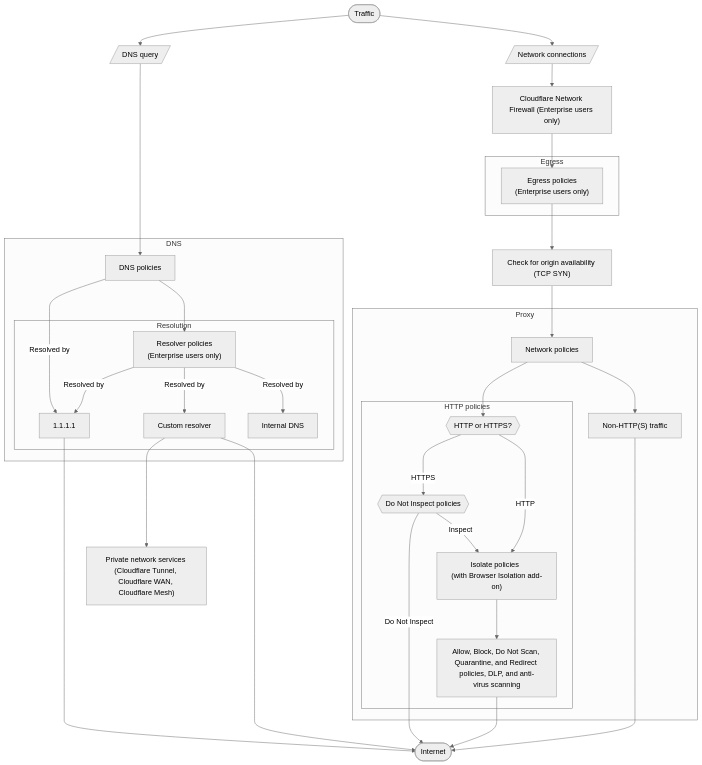
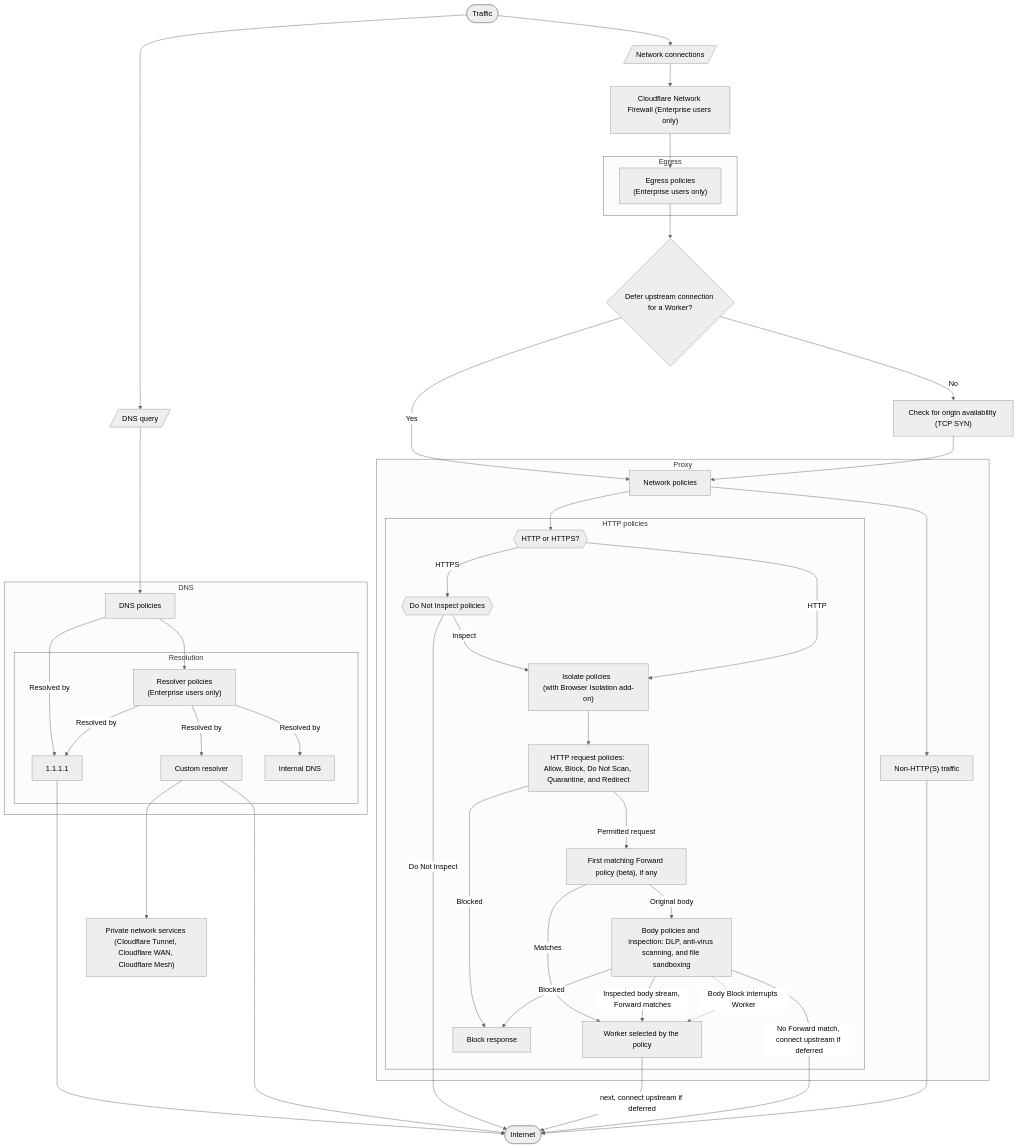
Before and after one commit to cloudflare/cloudflare-docs: the diagram in src/content/partials/cloudflare-one/gateway/order-of-enforcement.mdx, drawn with Mermaid (neutral theme). The commit also changed other lines of this file and 29 other files, not shown here.

First line of the commit message:
[Cloudflare One, Workers] Document Gateway Forward integration (#34239)

````diff
--- a/src/content/partials/cloudflare-one/gateway/order-of-enforcement.mdx
+++ b/src/content/partials/cloudflare-one/gateway/order-of-enforcement.mdx
@@ -7,55 +9,69 @@
 ```mermaid
 flowchart TB
     %% Accessibility
     accTitle: Gateway order of enforcement
-    accDescr: Flowchart describing the order of enforcement for Gateway policies.
+    accDescr: Flowchart describing request enforcement for Gateway policies. After HTTP request policies, the first matching Forward policy invokes a Worker before body policies and inspection. Gateway inspects the original body before delivering it to the Worker, and a Block decision from body policies or inspection can interrupt the Worker. Gateway inspects the final response returned by the Worker.
 
  subgraph Resolution["Resolution"]
         dns2["1.1.1.1"]
         dns4["Custom resolver"]
         dns3["Resolver policies <br>(Enterprise users only)"]
         internal["Internal DNS"]
   end
  subgraph DNS["DNS"]
         dns1["DNS policies"]
         Resolution
   end
  subgraph HTTP["HTTP policies"]
         http1{{"Do Not Inspect policies"}}
         http2["Isolate policies  <br>(with Browser Isolation add-on)"]
-        http3["Allow, Block, Do Not Scan, Quarantine, and Redirect policies, DLP, and anti-virus scanning"]
+        http3["HTTP request policies: Allow, Block, Do Not Scan, Quarantine, and Redirect"]
+        forward["First matching Forward policy (beta), if any"]
+        worker["Worker selected by the policy"]
+        body["Body policies and inspection: DLP, anti-virus scanning, and file sandboxing"]
+        blocked["Block response"]
         https["HTTP or HTTPS?"]
   end
  subgraph Proxy["Proxy"]
         HTTP
         network1["Network policies"]
         nonhttp["Non-HTTP(S) traffic"]
   end
  subgraph Egress["Egress"]
         egress1["Egress policies <br>(Enterprise users only)"]
   end
     start(["Traffic"]) --> dns0[/"DNS query"/] & http0["Network connections"]
     dns0 ----> dns1
     dns1 -- Resolved by --> dns2
     dns1 --> dns3
     dns3 -- Resolved by --> dns4
     dns2 -----> internet(["Internet"])
     dns4 -----> internet
     dns4 ---> cloudflare["Private network services <br>(Cloudflare Tunnel, Cloudflare WAN, Cloudflare Mesh)"]
     http1 -- Do Not Inspect --> internet
     http1 -- Inspect --> http2
     http2 --> http3
     http0 --> magic["Cloudflare Network Firewall (Enterprise users only)"]
     magic --> egress1
-    egress1 --> tcp["Check for origin availability (TCP SYN)"]
+    egress1 --> timing{"Defer upstream connection for a Worker?"}
+    timing -- No --> tcp["Check for origin availability (TCP SYN)"]
+    timing -- Yes --> network1
     tcp --> network1
-    http3 --> internet
+    http3 -- Permitted request --> forward
+    http3 -- Blocked --> blocked
+    forward -- Matches --> worker
+    forward -- Original body --> body
+    body -- Inspected body stream, Forward matches --> worker
+    body -- Blocked --> blocked
+    body -. Body Block interrupts Worker .-> worker
+    worker -- next, connect upstream if deferred --> internet
+    body -- No Forward match, connect upstream if deferred --> internet
     https -- HTTPS --> http1
     https -- HTTP --> http2
     network1 --> https & nonhttp
     dns3 -- Resolved by --> internal & dns2
     nonhttp -----> internet
 
     https@{ shape: hex}
     http0@{ shape: lean-r}
 ```
````
